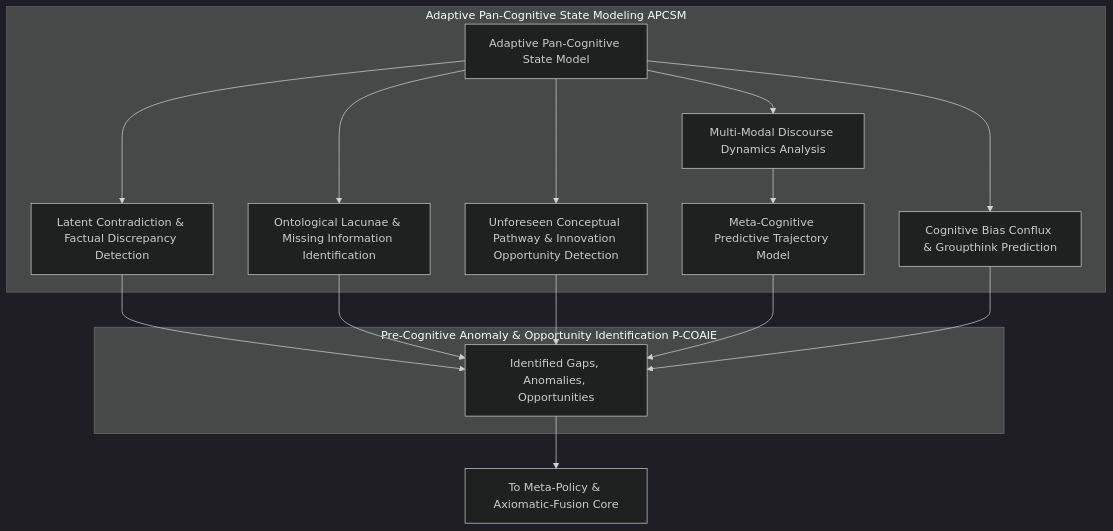
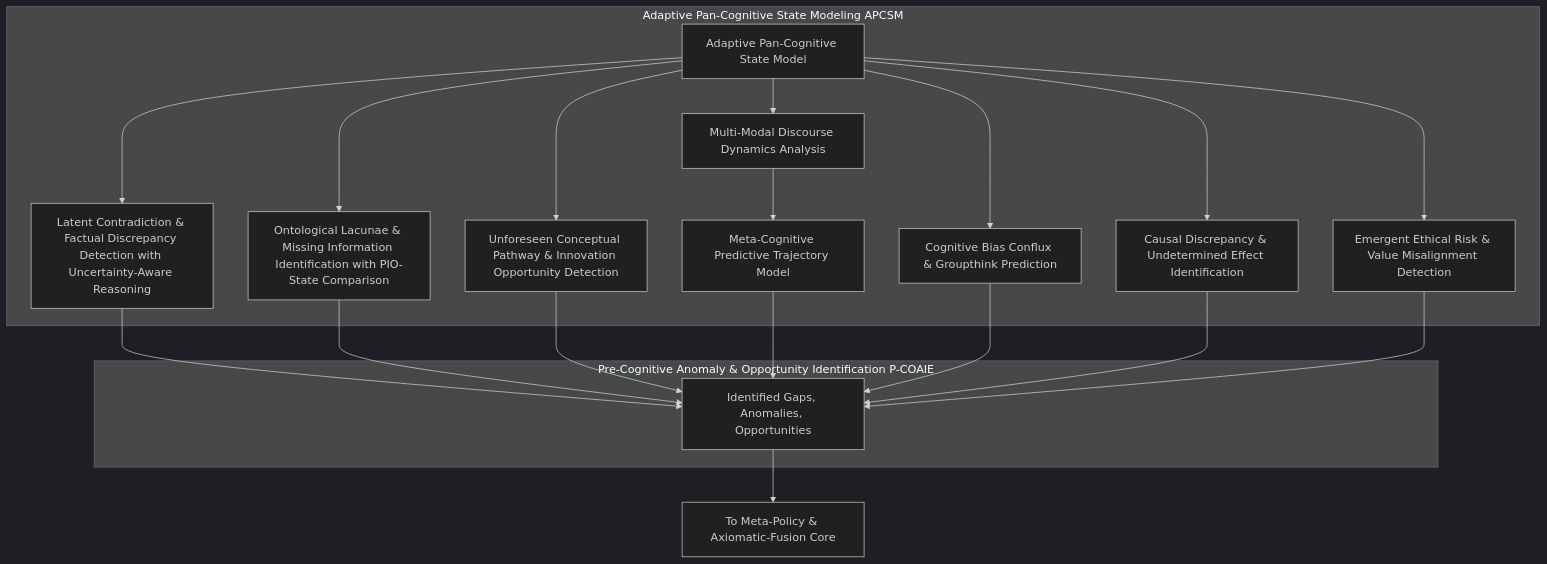
The fourth of 11 diagrams in inventions/inventions/012_holographic_meeting_scribe/015_autonomous_discourse_orchestration_agent.md (diplomat-bit/Citibank_Demo_Business_Inc_Demonstration-), drawn with Mermaid (dark theme) before and after one commit. The commit also changed other lines of this file, not shown here.

````diff
--- a/inventions/inventions/012_holographic_meeting_scribe/015_autonomous_discourse_orchestration_agent.md
+++ b/inventions/inventions/012_holographic_meeting_scribe/015_autonomous_discourse_orchestration_agent.md
@@ -169,21 +183,25 @@
 ```mermaid
 graph TD
     subgraph Adaptive Pan-Cognitive State Modeling APCSM
         APCSM_INPUT[Adaptive Pan-Cognitive State Model] --> DYNAMICS_ANALYSIS[Multi-Modal Discourse Dynamics Analysis];
         DYNAMICS_ANALYSIS --> PREDICTIVE_TRAJECTORY[Meta-Cognitive Predictive Trajectory Model];
-        APCSM_INPUT --> INCONSISTENCY_DETECTION[Latent Contradiction & Factual Discrepancy Detection];
-        APCSM_INPUT --> KNOWLEDGE_GAP_IDENT[Ontological Lacunae & Missing Information Identification];
+        APCSM_INPUT --> INCONSISTENCY_DETECTION[Latent Contradiction & Factual Discrepancy Detection with Uncertainty-Aware Reasoning];
+        APCSM_INPUT --> KNOWLEDGE_GAP_IDENT[Ontological Lacunae & Missing Information Identification with PIO-State Comparison];
         APCSM_INPUT --> EXPLORATION_OPP[Unforeseen Conceptual Pathway & Innovation Opportunity Detection];
         APCSM_INPUT --> BIAS_CONFLUX[Cognitive Bias Conflux & Groupthink Prediction];
+        APCSM_INPUT --> CAUSAL_DISCREPANCY[Causal Discrepancy & Undetermined Effect Identification];
+        APCSM_INPUT --> ETHICAL_RISK[Emergent Ethical Risk & Value Misalignment Detection];
     end
 
     subgraph Pre-Cognitive Anomaly & Opportunity Identification P-COAIE
         INCONSISTENCY_DETECTION --> PCOAIE_OUTPUT[Identified Gaps, Anomalies, Opportunities];
         KNOWLEDGE_GAP_IDENT --> PCOAIE_OUTPUT;
         EXPLORATION_OPP --> PCOAIE_OUTPUT;
         PREDICTIVE_TRAJECTORY --> PCOAIE_OUTPUT;
         BIAS_CONFLUX --> PCOAIE_OUTPUT;
+        CAUSAL_DISCREPANCY --> PCOAIE_OUTPUT;
+        ETHICAL_RISK --> PCOAIE_OUTPUT;
     end
 
     PCOAIE_OUTPUT --> MPAFC_INPUT[To Meta-Policy & Axiomatic-Fusion Core];
 ```
````
